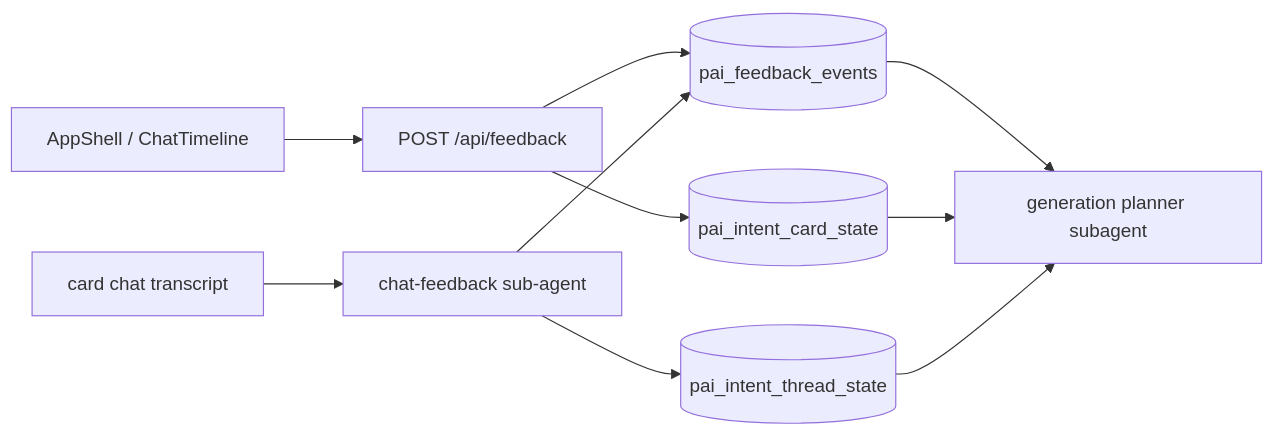
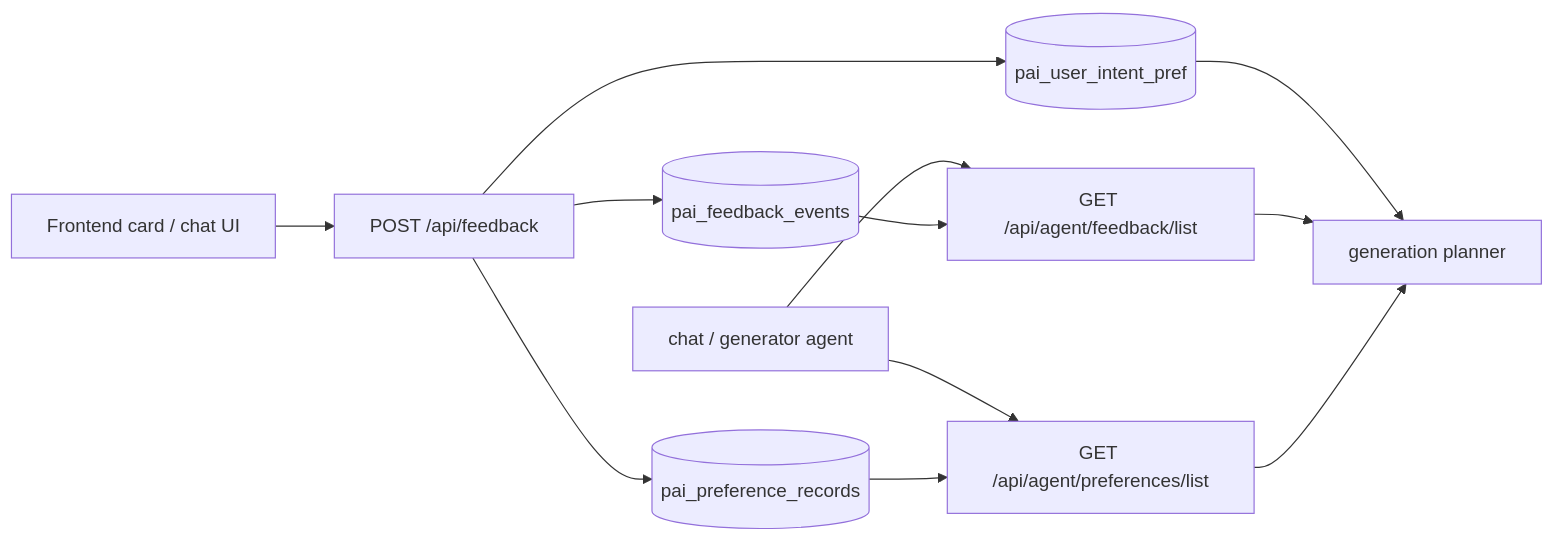
One commit to Edge-AI-HQ/proactive-assistant changed the first of 2 diagrams in docs/modules/feedback.mdx. Above: the diagram before and after it, drawn with Mermaid. The commit also changed other lines of this file and 14 other files, not shown here.

Commit message:
fix(feedback): persist user feedback signals

````diff
--- a/docs/modules/feedback.mdx
+++ b/docs/modules/feedback.mdx
@@ -17,12 +16,14 @@
 ```mermaid
 flowchart LR
-  UI["AppShell / ChatTimeline"] --> Route["POST /api/feedback"]
-  Route --> Events[("pai_feedback_events")]
-  Route --> CardState[("pai_intent_card_state")]
-  Chat["card chat transcript"] --> CFA["chat-feedback sub-agent"]
-  CFA --> Events
-  CFA --> ThreadState[("pai_intent_thread_state")]
-  Events --> Gen["generation planner subagent"]
-  CardState --> Gen
-  ThreadState --> Gen
+  UI["Frontend card / chat UI"] --> Feedback["POST /api/feedback"]
+  Feedback --> Events[("pai_feedback_events")]
+  Feedback --> Fingerprint[("pai_user_intent_pref")]
+  Feedback --> Prefs[("pai_preference_records")]
+  Agent["chat / generator agent"] --> AgentFeedback["GET /api/agent/feedback/list"]
+  Agent --> AgentPrefs["GET /api/agent/preferences/list"]
+  Events --> AgentFeedback
+  Prefs --> AgentPrefs
+  Fingerprint --> Planner["generation planner"]
+  AgentFeedback --> Planner
+  AgentPrefs --> Planner
 ```
````
